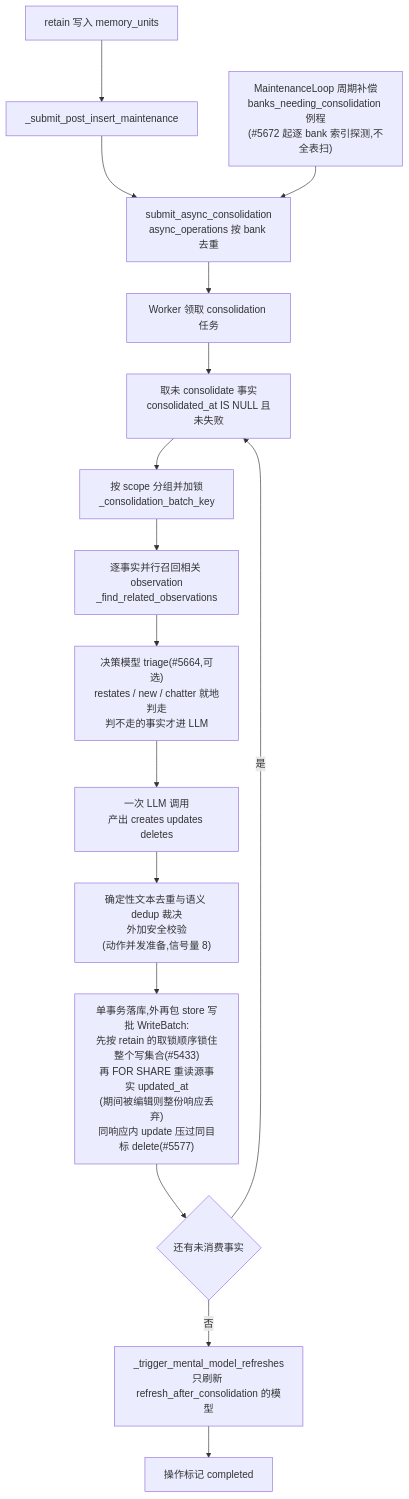
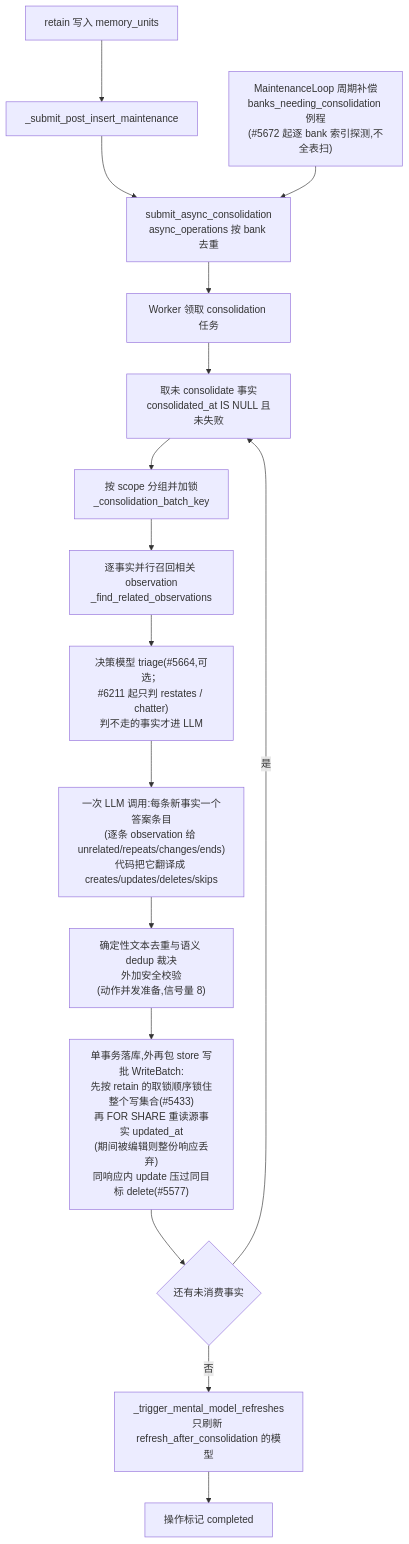
The second of 3 diagrams in docs/hindsight/source-study/04-reflect-与-consolidation.md (stefanv5/memory-platform-architecture), drawn with Mermaid before and after one commit. The commit also changed other lines of this file and 10 other files, not shown here.

````diff
--- a/docs/hindsight/source-study/04-reflect-与-consolidation.md
+++ b/docs/hindsight/source-study/04-reflect-与-consolidation.md
@@ -269,18 +339,18 @@
 ```mermaid
 flowchart TD
     R["retain 写入 memory_units"] --> H["_submit_post_insert_maintenance"]
     H --> S["submit_async_consolidation<br/>async_operations 按 bank 去重"]
     M["MaintenanceLoop 周期补偿<br/>banks_needing_consolidation 例程<br/>(#5672 起逐 bank 索引探测,不全表扫)"] --> S
     S --> W["Worker 领取 consolidation 任务"]
     W --> F["取未 consolidate 事实<br/>consolidated_at IS NULL 且未失败"]
     F --> G["按 scope 分组并加锁<br/>_consolidation_batch_key"]
     G --> P["逐事实并行召回相关 observation<br/>_find_related_observations"]
-    P --> TG["决策模型 triage(#5664,可选)<br/>restates / new / chatter 就地判走<br/>判不走的事实才进 LLM"]
-    TG --> L["一次 LLM 调用<br/>产出 creates updates deletes"]
+    P --> TG["决策模型 triage(#5664,可选；<br/>#6211 起只判 restates / chatter)<br/>判不走的事实才进 LLM"]
+    TG --> L["一次 LLM 调用:每条新事实一个答案条目<br/>(逐条 observation 给 unrelated/repeats/changes/ends)<br/>代码把它翻译成 creates/updates/deletes/skips"]
     L --> V["确定性文本去重与语义 dedup 裁决<br/>外加安全校验<br/>(动作并发准备,信号量 8)"]
     V --> T["单事务落库,外再包 store 写批 WriteBatch:<br/>先按 retain 的取锁顺序锁住整个写集合(#5433)<br/>再 FOR SHARE 重读源事实 updated_at<br/>(期间被编辑则整份响应丢弃)<br/>同响应内 update 压过同目标 delete(#5577)"]
     T --> Q{"还有未消费事实"}
     Q -->|"是"| F
     Q -->|"否"| MM["_trigger_mental_model_refreshes<br/>只刷新 refresh_after_consolidation 的模型"]
     MM --> Z["操作标记 completed"]
 ```
````
